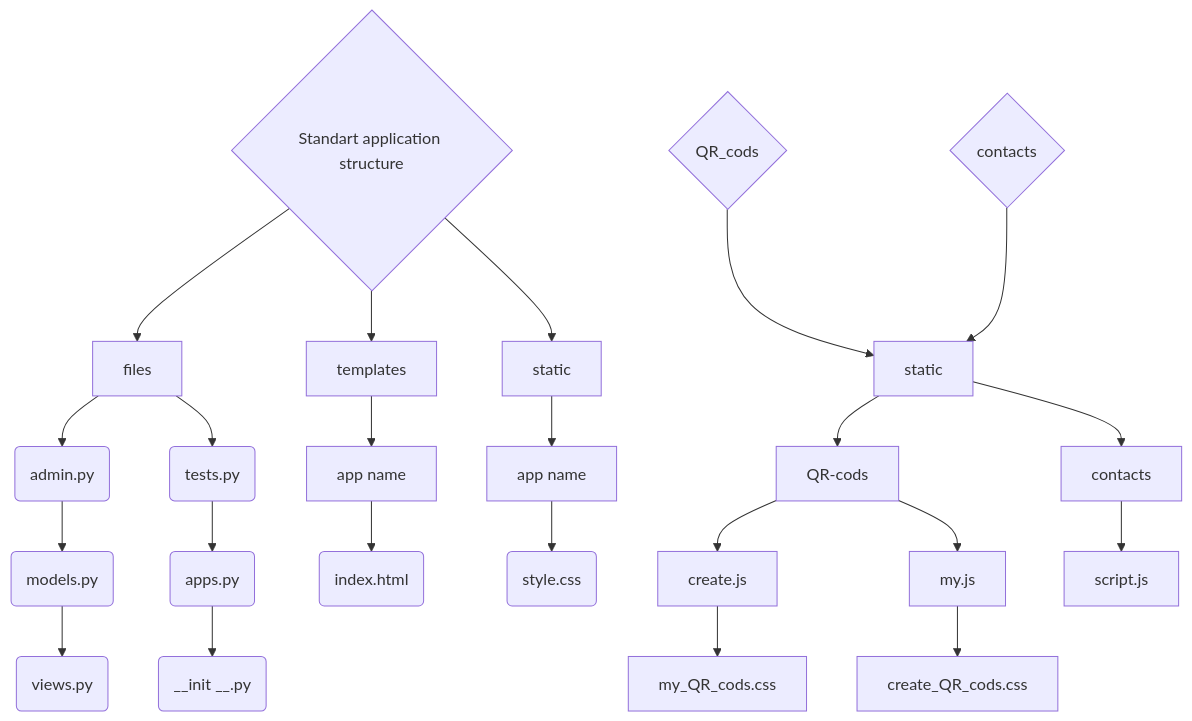
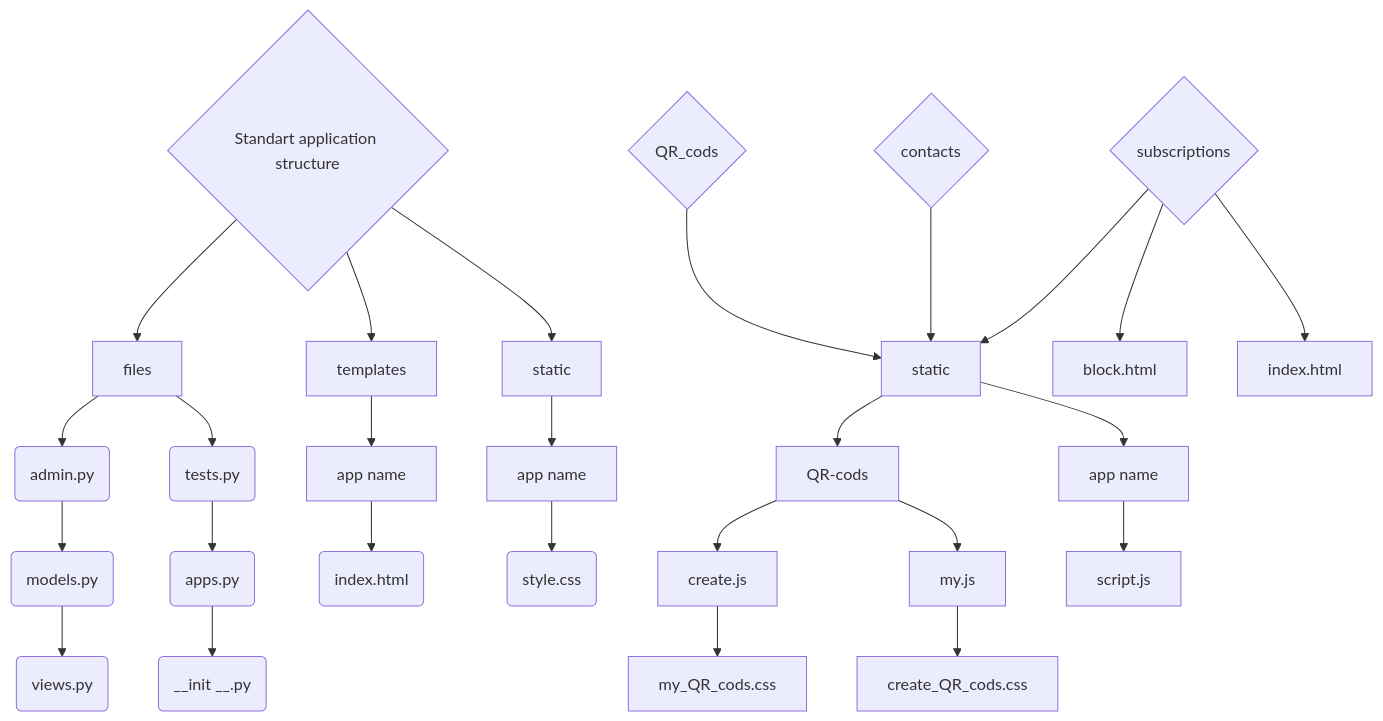
The second of 2 diagrams in readme.md (IllyaEpik/QR-app), drawn with Mermaid before and after one commit. The commit also changed other lines of this file, not shown here.

Commit message:
structure

````diff
--- a/readme.md
+++ b/readme.md
@@ -133,15 +133,17 @@
 ```mermaid
 graph TD
 
   s{Standart application structure}
   s --> f[files]
   f --> a(admin.py) --> m(models.py) --> v(views.py)
   f --> te(tests.py) --> apps(apps.py) --> i(__init __.py)
   s --> t[templates] --> 1[app name] --> in(index.html)
   s --> s2[static] --> 2[app name] --> s3(style.css)
 
   qr{QR_cods} --> static --> 3[QR-cods] --> create.js --> my_QR_cods.css
   3 --> my.js --> create_QR_cods.css
-  c{contacts} --> static --> contacts --> script.js
-  
+  c{contacts} --> static --> 4[app name] --> script.js
+  subs{subscriptions} --> static
+  subs --> block.html
+  subs --> index.html
 ```
````
